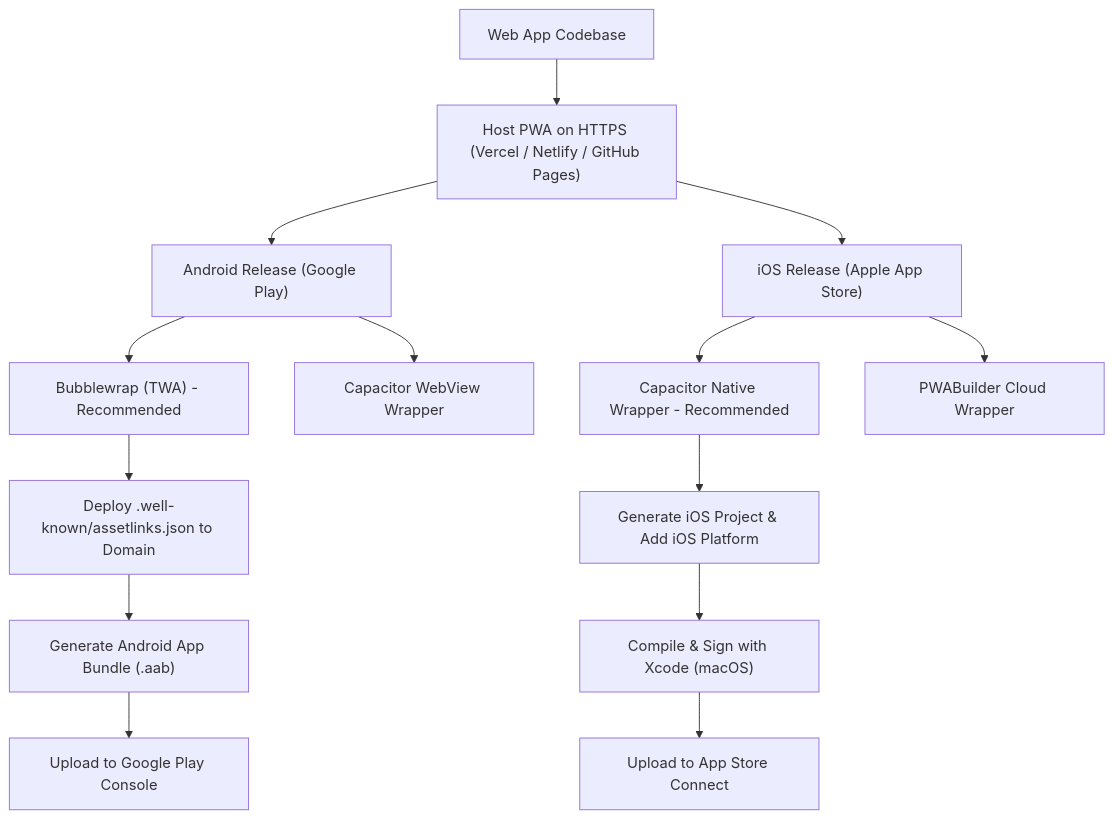
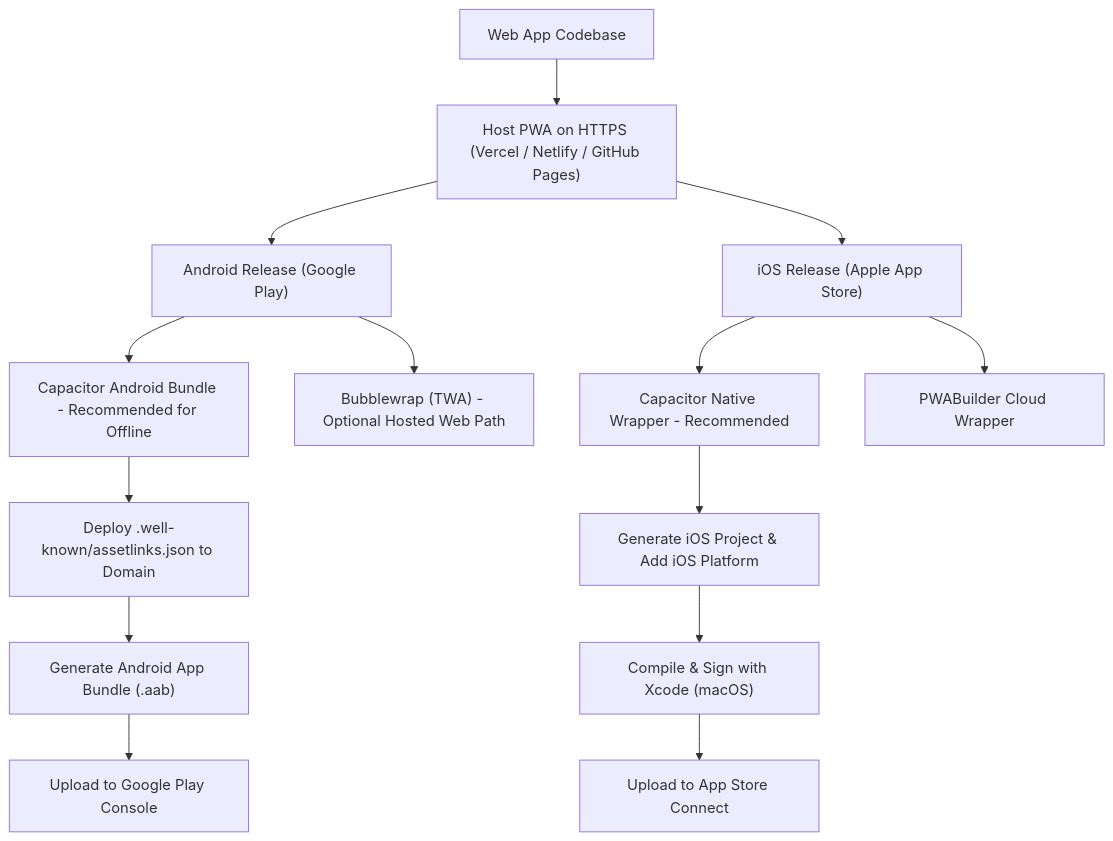
One commit to Trentan/travel-planner changed the first of 2 diagrams in docs/release-prep/release_and_open_source_roadmap.md. Above: the diagram before and after it, drawn with Mermaid. The commit also changed other lines of this file and 57 other files, not shown here.

Commit message:
feat(#177): package offline app for Android

````diff
--- a/docs/release-prep/release_and_open_source_roadmap.md
+++ b/docs/release-prep/release_and_open_source_roadmap.md
@@ -11,18 +11,18 @@
 ```mermaid
 graph TD
     A["Web App Codebase"] --> B["Host PWA on HTTPS (Vercel / Netlify / GitHub Pages)"]
     B --> C["Android Release (Google Play)"]
     B --> D["iOS Release (Apple App Store)"]
     
-    C --> C1["Bubblewrap (TWA) - Recommended"]
-    C --> C2["Capacitor WebView Wrapper"]
+    C --> C1["Capacitor Android Bundle - Recommended for Offline"]
+    C --> C2["Bubblewrap (TWA) - Optional Hosted Web Path"]
     C1 --> C3["Deploy .well-known/assetlinks.json to Domain"]
     C3 --> C4["Generate Android App Bundle (.aab)"]
     C4 --> C5["Upload to Google Play Console"]
     
     D --> D1["Capacitor Native Wrapper - Recommended"]
     D --> D2["PWABuilder Cloud Wrapper"]
     D1 --> D3["Generate iOS Project & Add iOS Platform"]
     D3 --> D4["Compile & Sign with Xcode (macOS)"]
     D4 --> D5["Upload to App Store Connect"]
 ```
````
